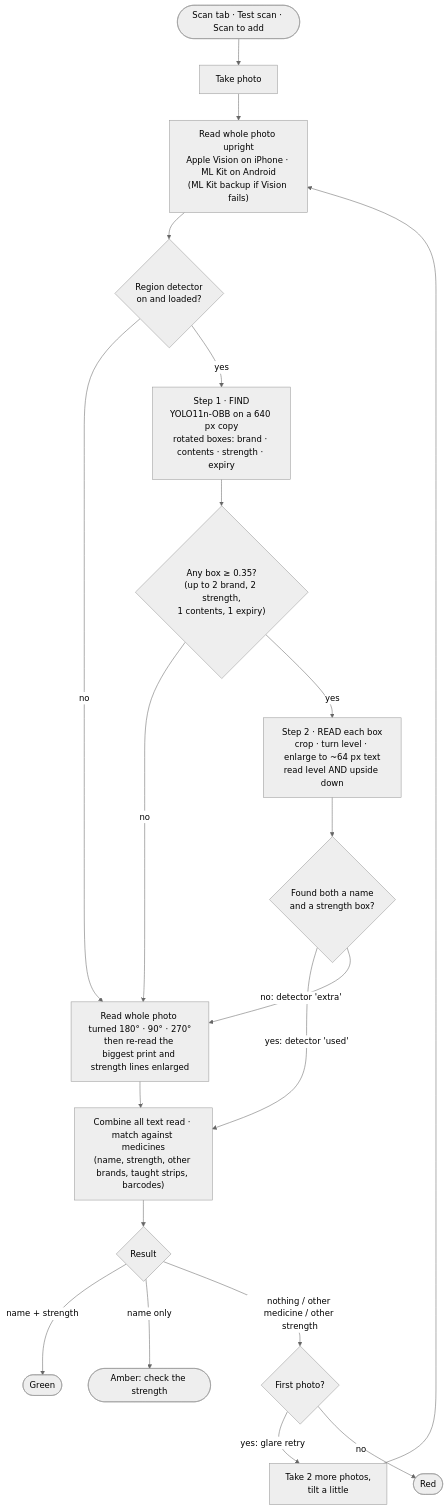
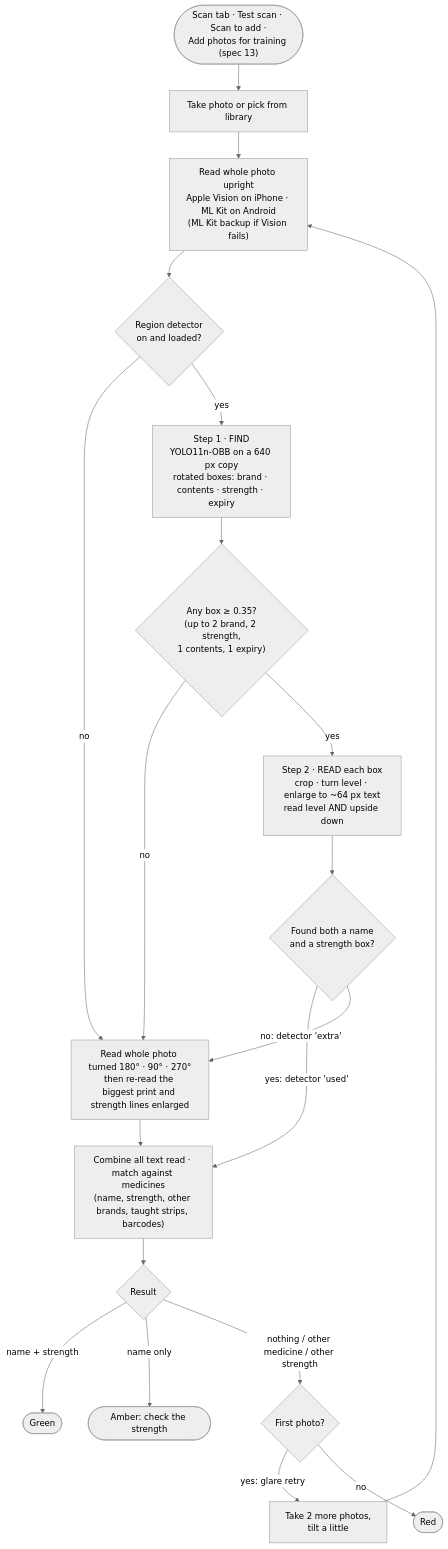
Before and after one commit to aronipani/medsync: the first of 2 diagrams in docs/specs/12-strip-scan-pipeline.md, drawn with Mermaid (neutral theme). The commit also changed other lines of this file and 10 other files, not shown here.

First line of the commit message:
Collect strip photos (camera or library) like Test scan; fix Send for training without Apple Mail

````diff
--- a/docs/specs/12-strip-scan-pipeline.md
+++ b/docs/specs/12-strip-scan-pipeline.md
@@ -8,21 +8,21 @@
 ```mermaid
 flowchart TD
-    A([Scan tab · Test scan · Scan to add]) --> B[Take photo]
+    A(["Scan tab · Test scan · Scan to add ·<br/>Add photos for training (spec 13)"]) --> B[Take photo or pick from library]
     B --> C["Read whole photo upright<br/>Apple Vision on iPhone · ML Kit on Android<br/>(ML Kit backup if Vision fails)"]
     C --> D{Region detector<br/>on and loaded?}
     D -- no --> R
     D -- yes --> E["Step 1 · FIND<br/>YOLO11n-OBB on a 640 px copy<br/>rotated boxes: brand · contents · strength · expiry"]
     E --> F{"Any box ≥ 0.35?<br/>(up to 2 brand, 2 strength,<br/>1 contents, 1 expiry)"}
     F -- no --> R
     F -- yes --> G["Step 2 · READ each box<br/>crop · turn level · enlarge to ~64 px text<br/>read level AND upside down"]
     G --> H{Found both a name<br/>and a strength box?}
     H -- "yes: detector 'used'" --> M
     H -- "no: detector 'extra'" --> R
     R["Read whole photo turned 180° · 90° · 270°<br/>then re-read the biggest print and strength lines enlarged"] --> M
     M["Combine all text read · match against medicines<br/>(name, strength, other brands, taught strips, barcodes)"] --> N{Result}
     N -- "name + strength" --> OK([Green])
     N -- name only --> CHK([Amber: check the strength])
     N -- "nothing / other medicine / other strength" --> X{First photo?}
     X -- "yes: glare retry" --> B2["Take 2 more photos,<br/>tilt a little"] --> C
     X -- no --> RED([Red])
 ```
````
